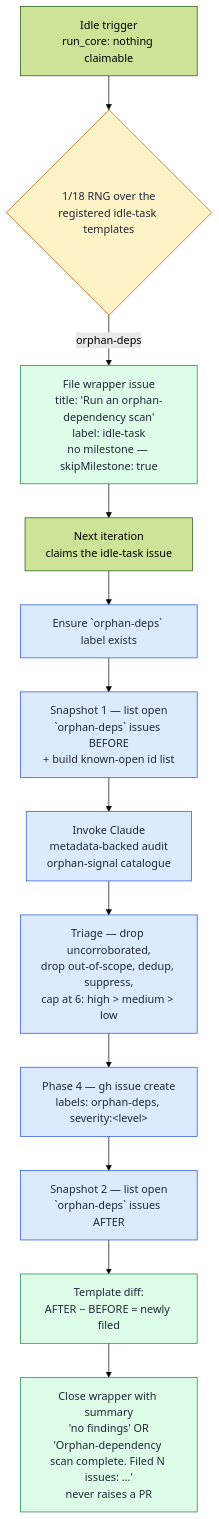
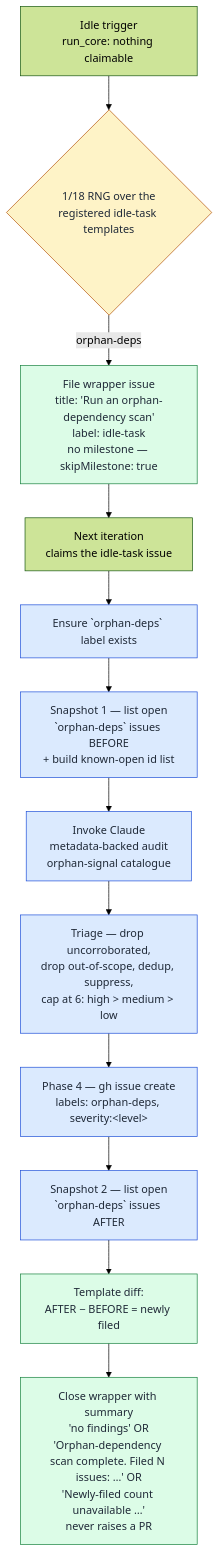
The second of 3 diagrams in docs/ORPHAN-DEPS-SCAN.md (stSoftwareAU/VibeCoder), drawn with Mermaid (forest theme) before and after one commit. The commit also changed other lines of this file and 9 other files, not shown here.

````diff
--- a/docs/ORPHAN-DEPS-SCAN.md
+++ b/docs/ORPHAN-DEPS-SCAN.md
@@ -174,20 +174,20 @@
 ```mermaid
 flowchart TD
     classDef gate fill:#fef3c7,stroke:#b45309,color:#1f2937;
     classDef phase fill:#dbeafe,stroke:#1d4ed8,color:#1f2937;
     classDef output fill:#dcfce7,stroke:#15803d,color:#1f2937;
 
     Idle[Idle trigger<br/>run_core: nothing claimable]
     Idle --> Pick{1/18 RNG over the<br/>registered idle-task templates}
     Pick -- orphan-deps --> FileWrapper[File wrapper issue<br/>title: 'Run an orphan-dependency scan'<br/>label: idle-task<br/>no milestone — skipMilestone: true]:::output
     FileWrapper --> Claim[Next iteration<br/>claims the idle-task issue]
     Claim --> Ensure[Ensure `orphan-deps` label exists]:::phase
     Ensure --> Before[Snapshot 1 — list open<br/>`orphan-deps` issues BEFORE<br/>+ build known-open id list]:::phase
     Before --> Run[Invoke Claude<br/>metadata-backed audit<br/>orphan-signal catalogue]:::phase
     Run --> Cap[Triage — drop uncorroborated,<br/>drop out-of-scope, dedup, suppress,<br/>cap at 6: high > medium > low]:::phase
     Cap --> FileFindings[Phase 4 — gh issue create<br/>labels: orphan-deps, severity:&lt;level&gt;]:::phase
     FileFindings --> After[Snapshot 2 — list open<br/>`orphan-deps` issues AFTER]:::phase
     After --> Diff[Template diff:<br/>AFTER − BEFORE = newly filed]:::output
-    Diff --> Close[Close wrapper with summary<br/>'no findings' OR<br/>'Orphan-dependency scan complete. Filed N issues: …'<br/>never raises a PR]:::output
+    Diff --> Close[Close wrapper with summary<br/>'no findings' OR<br/>'Orphan-dependency scan complete. Filed N issues: …' OR<br/>'Newly-filed count unavailable …'<br/>never raises a PR]:::output
     class Pick gate;
 ```
````
